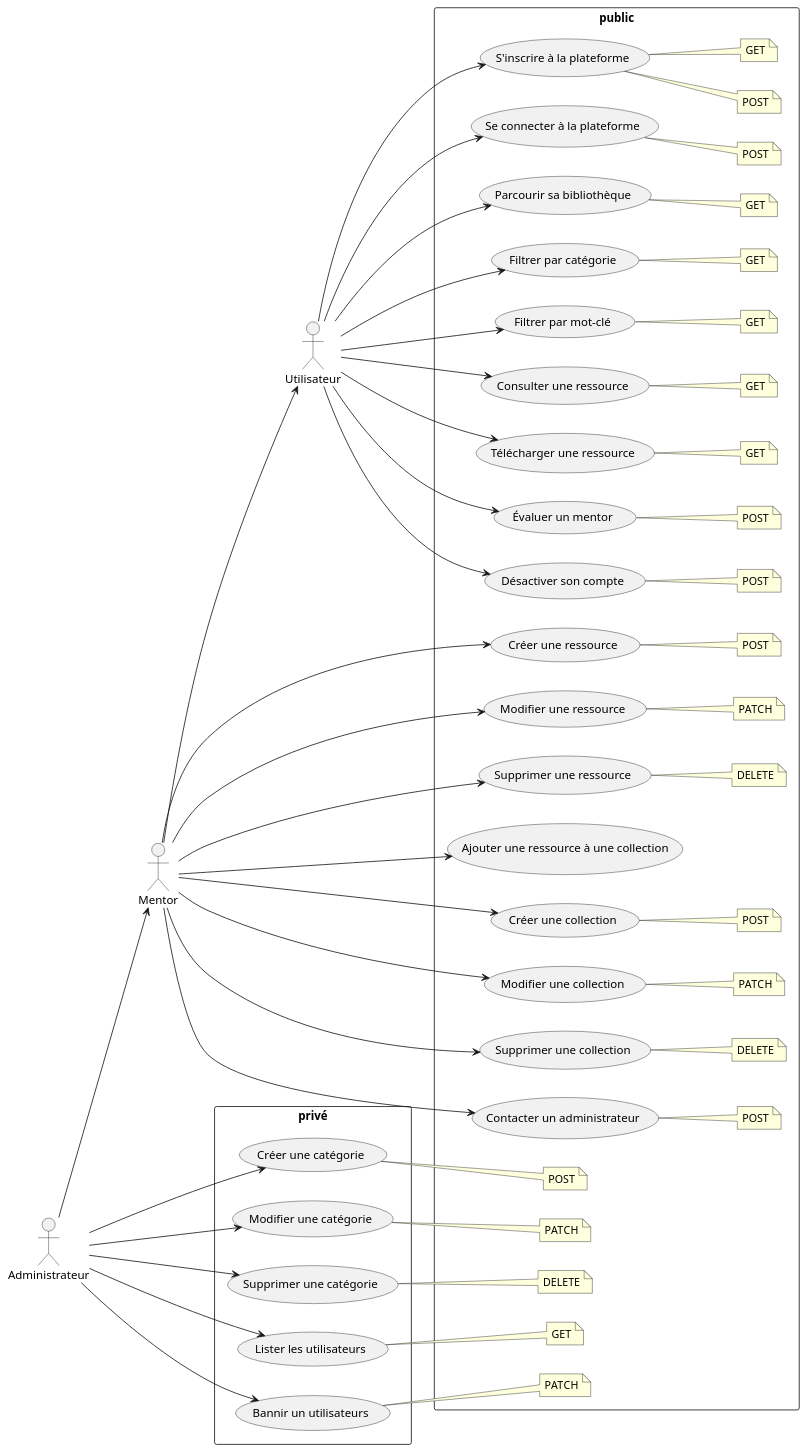
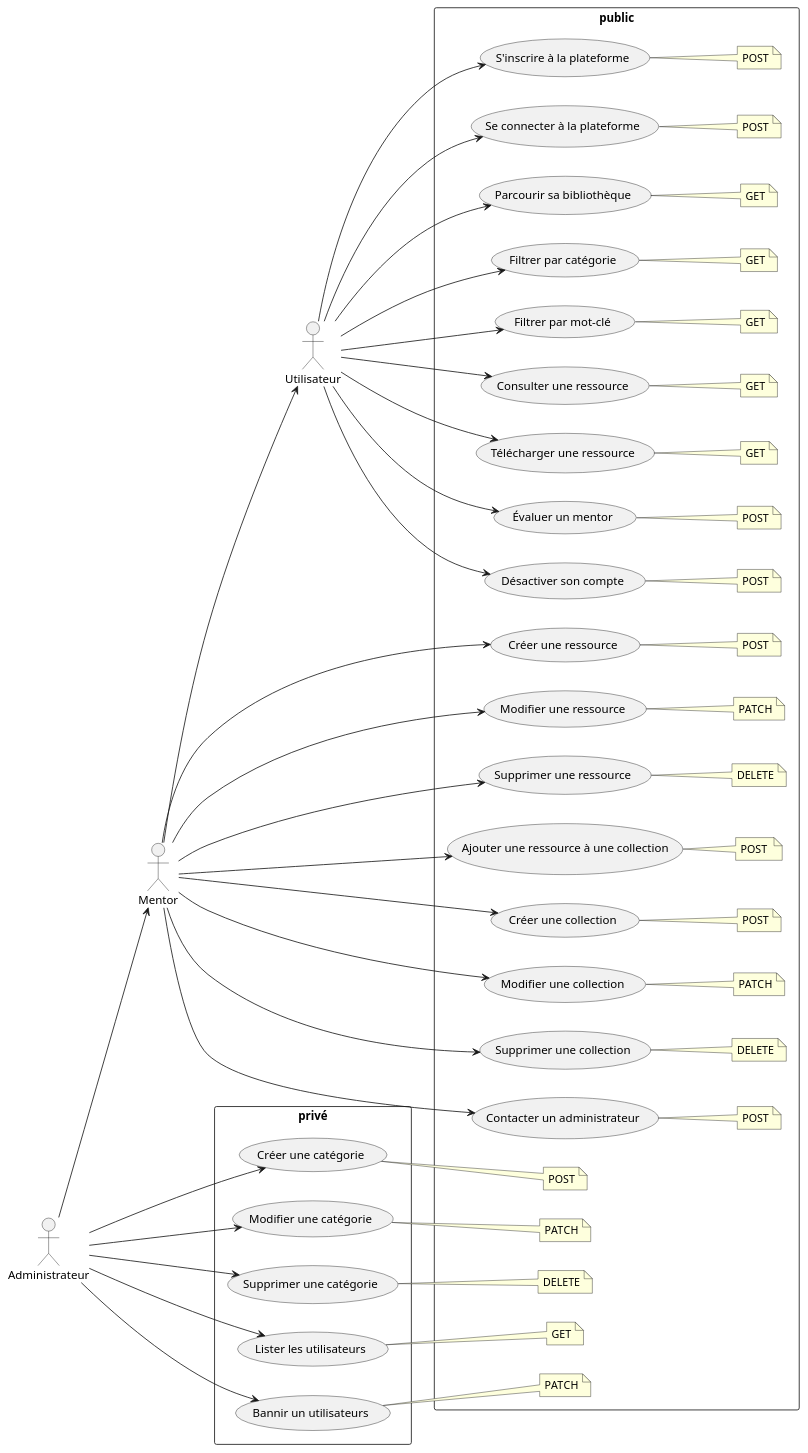
The diagram in docs/diagrammes/usecases.puml (EmileDevGit/projet-final-api), drawn with PlantUML before and after one commit.

Commit message:
Minor fix du diagramme

```diff
--- a/docs/diagrammes/usecases.puml
+++ b/docs/diagrammes/usecases.puml
@@ -1,136 +1,136 @@
 @startuml
 left to right direction
  
 actor Utilisateur
 actor Mentor
 actor Administrateur
  
 rectangle "public"{
 Utilisateur --> (S'inscrire à la plateforme)
 Utilisateur --> (Se connecter à la plateforme)
 Utilisateur --> (Parcourir sa bibliothèque)
 Utilisateur --> (Filtrer par catégorie)
 Utilisateur --> (Filtrer par mot-clé)
 Utilisateur --> (Consulter une ressource)
 Utilisateur --> (Télécharger une ressource)
 Utilisateur --> (Évaluer un mentor)
 Utilisateur --> (Désactiver son compte)
  
  
 Mentor --> (Créer une ressource)
 Mentor --> (Modifier une ressource)
 Mentor --> (Supprimer une ressource)
 Mentor --> (Ajouter une ressource à une collection)
 Mentor --> (Créer une collection)
 Mentor --> (Modifier une collection)
 Mentor --> (Supprimer une collection)
 Mentor --> (Contacter un administrateur)
 }
  
 rectangle "privé"{
 Administrateur --> (Créer une catégorie)
 Administrateur --> (Modifier une catégorie)
 Administrateur --> (Supprimer une catégorie)
 Administrateur --> (Lister les utilisateurs)
 Administrateur --> (Bannir un utilisateurs)
 }
 
 rectangle "public"{
  
 Administrateur --> Mentor
 Mentor --> Utilisateur
 
 note right of (Désactiver son compte)
   POST
 end note
 
 note right of (S'inscrire à la plateforme)
   POST
 end note
 
 note right of (Se connecter à la plateforme)
   POST
 end note
 
-note right of (S'inscrire à la plateforme)
-  GET
+note right of (Ajouter une ressource à une collection)
+  POST 
 end note
 
 note right of (Parcourir sa bibliothèque)
   GET
 end note
 
 note right of (Filtrer par catégorie)
   GET
 end note
 
 note right of (Filtrer par mot-clé)
   GET
 end note
 
 note right of (Consulter une ressource)
   GET
 end note
 
 note right of (Télécharger une ressource)
   GET
 end note
 
 note right of (Évaluer un mentor)
   POST
 end note
  
  
 note right of (Créer une ressource) 
   POST
 end note
 
 note right of (Modifier une ressource) 
   PATCH
 end note
 
 note right of (Supprimer une ressource) 
   DELETE
 end note
 
 note right of (Créer une collection) 
   POST
 end note
 
 note right of (Modifier une collection) 
   PATCH
 end note
 
 note right of (Supprimer une collection) 
   DELETE
 end note
 
 note right of (Contacter un administrateur) 
   POST
 end note
  
  
  
 note right of (Créer une catégorie) 
   POST
 end note
 
 note right of (Modifier une catégorie) 
   PATCH
 end note
 
 note right of (Supprimer une catégorie) 
   DELETE
 end note
 
 note right of (Lister les utilisateurs) 
   GET
 end note
 
 note right of (Bannir un utilisateurs) 
   PATCH
 end note
 
 }
 
 @enduml
```
